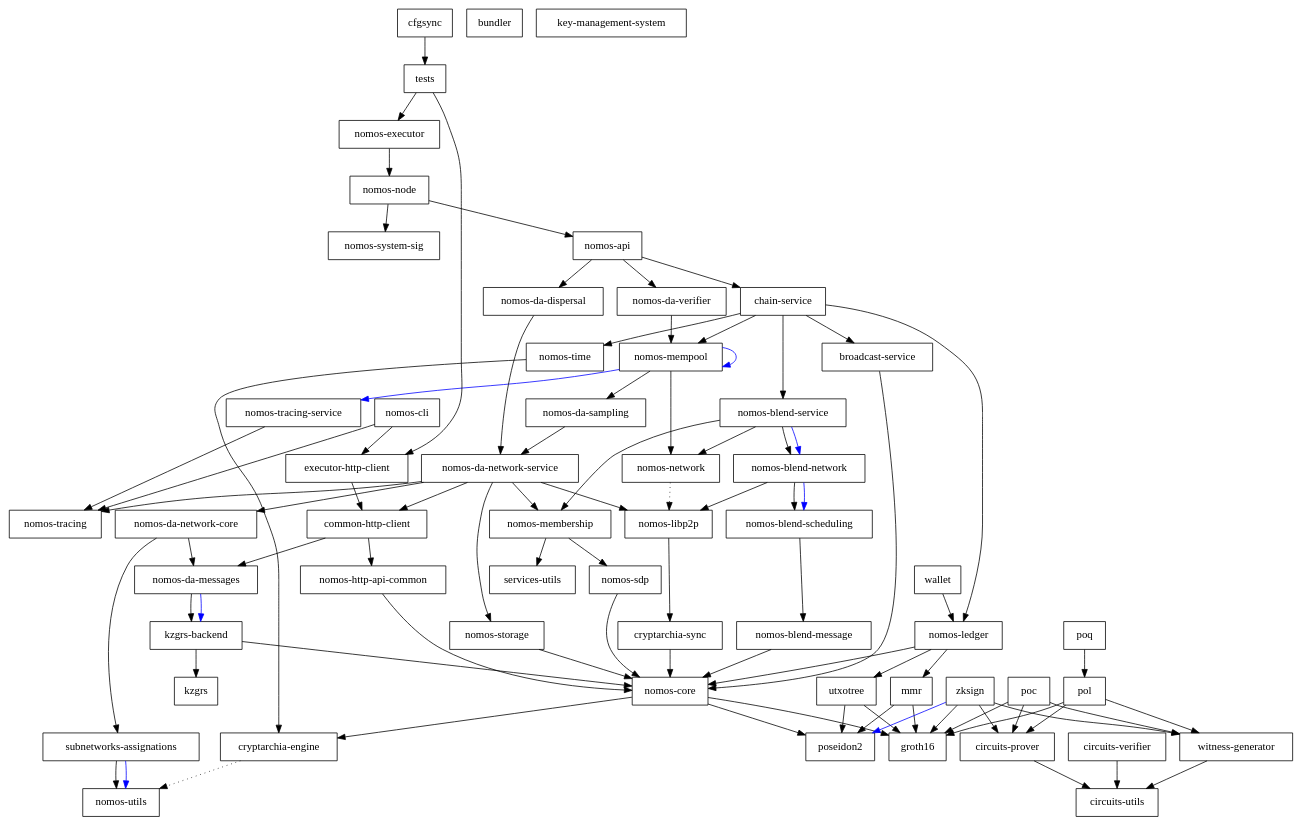
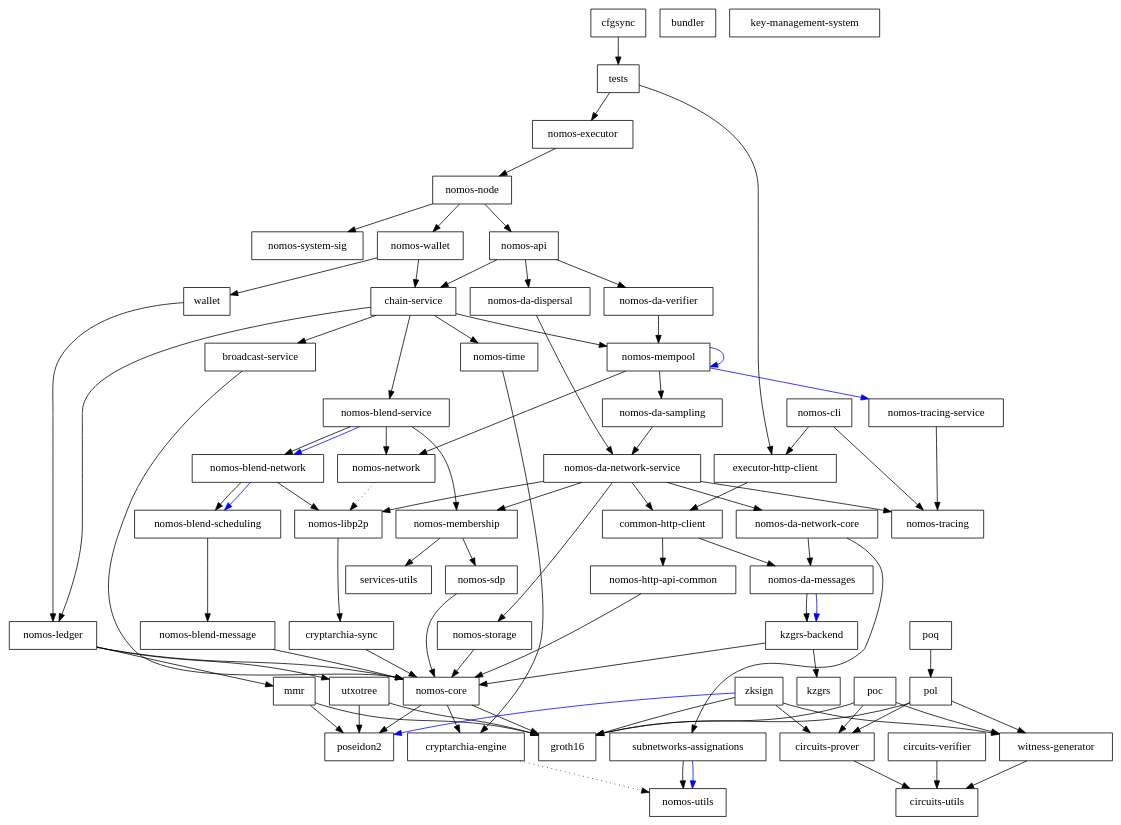
Before and after one commit to Astro521/logos-blockchain: the diagram in dependencies_graph.dot, drawn with Graphviz. The commit also changed 15 other files, not shown here.

```diff
--- a/dependencies_graph.dot
+++ b/dependencies_graph.dot
@@ -1,143 +1,147 @@
 digraph {
     0 [ label = "cryptarchia-engine" shape = box]
     1 [ label = "nomos-utils" shape = box]
     2 [ label = "cryptarchia-sync" shape = box]
     3 [ label = "nomos-core" shape = box]
     4 [ label = "groth16" shape = box]
     5 [ label = "poseidon2" shape = box]
     6 [ label = "nomos-ledger" shape = box]
     7 [ label = "mmr" shape = box]
     8 [ label = "utxotree" shape = box]
     9 [ label = "nomos-http-api-common" shape = box]
     10 [ label = "nomos-executor" shape = box]
     11 [ label = "broadcast-service" shape = box]
     12 [ label = "kzgrs-backend" shape = box]
     13 [ label = "kzgrs" shape = box]
     14 [ label = "nomos-api" shape = box]
     15 [ label = "chain-service" shape = box]
     16 [ label = "nomos-blend-service" shape = box]
     17 [ label = "nomos-blend-message" shape = box]
     18 [ label = "nomos-blend-network" shape = box]
     19 [ label = "nomos-blend-scheduling" shape = box]
     20 [ label = "nomos-libp2p" shape = box]
     21 [ label = "nomos-membership" shape = box]
     22 [ label = "nomos-sdp" shape = box]
     23 [ label = "services-utils" shape = box]
     24 [ label = "nomos-network" shape = box]
     25 [ label = "nomos-da-sampling" shape = box]
     26 [ label = "nomos-da-network-core" shape = box]
     27 [ label = "nomos-da-messages" shape = box]
     28 [ label = "subnetworks-assignations" shape = box]
     29 [ label = "nomos-da-network-service" shape = box]
     30 [ label = "common-http-client" shape = box]
     31 [ label = "nomos-storage" shape = box]
     32 [ label = "nomos-tracing" shape = box]
     33 [ label = "nomos-mempool" shape = box]
     34 [ label = "nomos-tracing-service" shape = box]
     35 [ label = "nomos-time" shape = box]
     36 [ label = "nomos-da-dispersal" shape = box]
     37 [ label = "nomos-da-verifier" shape = box]
     38 [ label = "nomos-node" shape = box]
     39 [ label = "nomos-system-sig" shape = box]
-    40 [ label = "executor-http-client" shape = box]
-    41 [ label = "bundler" shape = box]
-    42 [ label = "nomos-cli" shape = box]
-    43 [ label = "key-management-system" shape = box]
-    44 [ label = "cfgsync" shape = box]
-    45 [ label = "tests" shape = box]
-    46 [ label = "wallet" shape = box]
-    47 [ label = "circuits-prover" shape = box]
-    48 [ label = "circuits-utils" shape = box]
-    49 [ label = "circuits-verifier" shape = box]
-    50 [ label = "witness-generator" shape = box]
-    51 [ label = "poc" shape = box]
-    52 [ label = "pol" shape = box]
-    53 [ label = "poq" shape = box]
-    54 [ label = "zksign" shape = box]
+    40 [ label = "nomos-wallet" shape = box]
+    41 [ label = "wallet" shape = box]
+    42 [ label = "executor-http-client" shape = box]
+    43 [ label = "bundler" shape = box]
+    44 [ label = "nomos-cli" shape = box]
+    45 [ label = "key-management-system" shape = box]
+    46 [ label = "cfgsync" shape = box]
+    47 [ label = "tests" shape = box]
+    48 [ label = "circuits-prover" shape = box]
+    49 [ label = "circuits-utils" shape = box]
+    50 [ label = "circuits-verifier" shape = box]
+    51 [ label = "witness-generator" shape = box]
+    52 [ label = "poc" shape = box]
+    53 [ label = "pol" shape = box]
+    54 [ label = "poq" shape = box]
+    55 [ label = "zksign" shape = box]
     0 -> 1 [ style = dotted]
     2 -> 3 [ ]
     3 -> 0 [ ]
     3 -> 4 [ ]
     3 -> 5 [ ]
     6 -> 7 [ ]
     6 -> 3 [ ]
     6 -> 8 [ ]
     7 -> 4 [ ]
     7 -> 5 [ ]
     8 -> 4 [ ]
     8 -> 5 [ ]
     9 -> 3 [ ]
     10 -> 38 [ ]
     11 -> 3 [ ]
     12 -> 13 [ ]
     12 -> 3 [ ]
     14 -> 15 [ ]
     14 -> 36 [ ]
     14 -> 37 [ ]
     15 -> 11 [ ]
     15 -> 16 [ ]
     15 -> 6 [ ]
     15 -> 33 [ ]
     15 -> 35 [ ]
     16 -> 18 [ ]
     16 -> 18 [ color = blue]
     16 -> 21 [ ]
     16 -> 24 [ ]
     17 -> 3 [ ]
     18 -> 19 [ ]
     18 -> 19 [ color = blue]
     18 -> 20 [ ]
     19 -> 17 [ ]
     20 -> 2 [ ]
     21 -> 22 [ ]
     21 -> 23 [ ]
     22 -> 3 [ ]
     24 -> 20 [ style = dotted]
     25 -> 29 [ ]
     26 -> 27 [ ]
     26 -> 28 [ ]
     27 -> 12 [ ]
     27 -> 12 [ color = blue]
     28 -> 1 [ ]
     28 -> 1 [ color = blue]
     29 -> 30 [ ]
     29 -> 26 [ ]
     29 -> 20 [ ]
     29 -> 21 [ ]
     29 -> 31 [ ]
     29 -> 32 [ ]
     30 -> 27 [ ]
     30 -> 9 [ ]
     31 -> 3 [ ]
     33 -> 25 [ ]
     33 -> 33 [ color = blue]
     33 -> 24 [ ]
     33 -> 34 [ color = blue]
     34 -> 32 [ ]
     35 -> 0 [ ]
     36 -> 29 [ ]
     37 -> 33 [ ]
     38 -> 14 [ ]
     38 -> 39 [ ]
-    40 -> 30 [ ]
-    42 -> 40 [ ]
-    42 -> 32 [ ]
-    44 -> 45 [ ]
-    45 -> 40 [ ]
-    45 -> 10 [ ]
-    46 -> 6 [ ]
-    47 -> 48 [ ]
-    49 -> 48 [ ]
-    50 -> 48 [ ]
-    51 -> 47 [ ]
-    51 -> 4 [ ]
-    51 -> 50 [ ]
-    52 -> 47 [ ]
+    38 -> 40 [ ]
+    40 -> 15 [ ]
+    40 -> 41 [ ]
+    41 -> 6 [ ]
+    42 -> 30 [ ]
+    44 -> 42 [ ]
+    44 -> 32 [ ]
+    46 -> 47 [ ]
+    47 -> 42 [ ]
+    47 -> 10 [ ]
+    48 -> 49 [ ]
+    50 -> 49 [ ]
+    51 -> 49 [ ]
+    52 -> 48 [ ]
     52 -> 4 [ ]
-    52 -> 50 [ ]
-    53 -> 52 [ ]
-    54 -> 47 [ ]
-    54 -> 4 [ ]
-    54 -> 5 [ color = blue]
-    54 -> 50 [ ]
+    52 -> 51 [ ]
+    53 -> 48 [ ]
+    53 -> 4 [ ]
+    53 -> 51 [ ]
+    54 -> 53 [ ]
+    55 -> 48 [ ]
+    55 -> 4 [ ]
+    55 -> 5 [ color = blue]
+    55 -> 51 [ ]
 }
```
